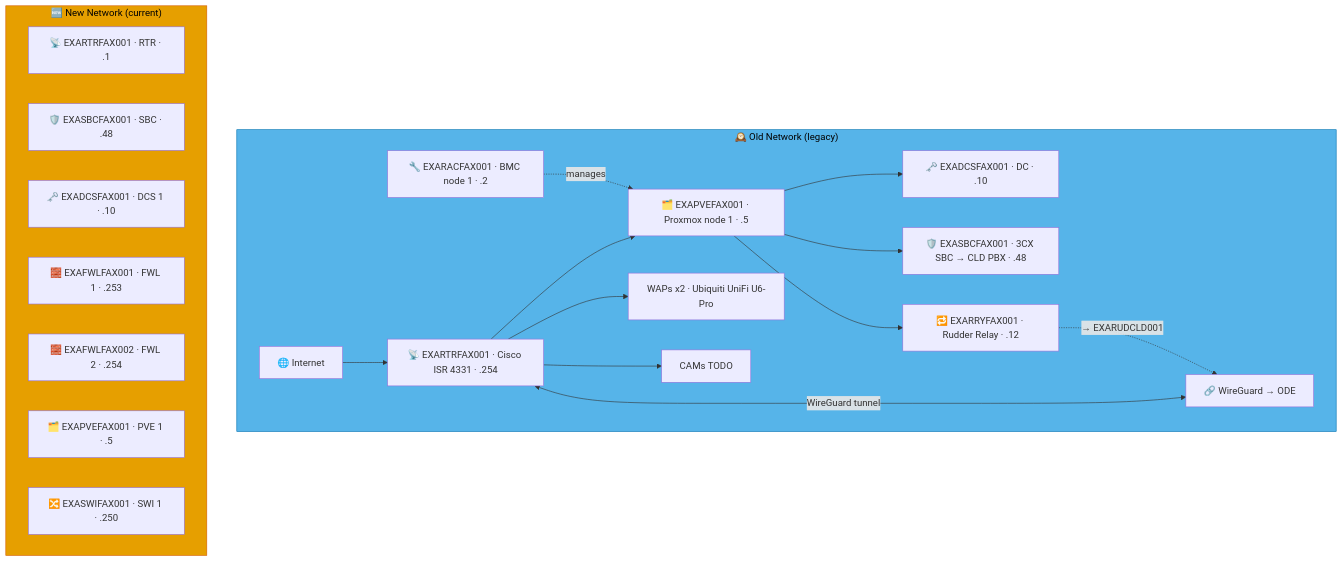
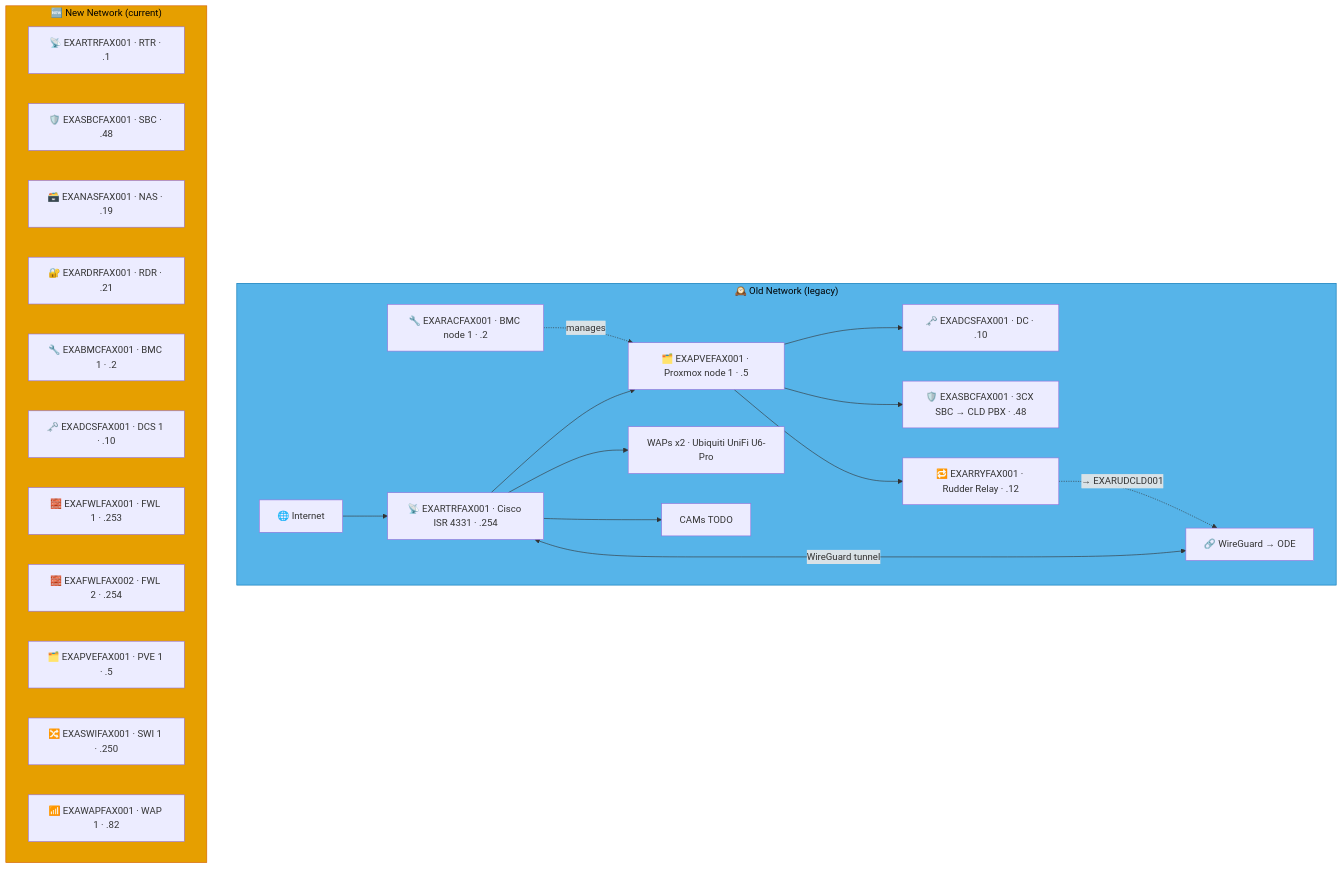
The fourth of 9 diagrams in docs/network-diagram/danmark.md (knightmare2600/example_music_infra), drawn with Mermaid before and after one commit. The commit also changed other lines of this file and 15 other files, not shown here.

````diff
--- a/docs/network-diagram/danmark.md
+++ b/docs/network-diagram/danmark.md
@@ -186,36 +198,40 @@
 ```mermaid
 graph TD
     subgraph OLD_FAX ["🕰️ Old Network (legacy)"]
       INET["🌐 Internet"]
       RTR["📡 EXARTRFAX001 · Cisco ISR 4331 · .254"]
       RAC["🔧 EXARACFAX001 · BMC node 1 · .2"]
       PVE["🗂️ EXAPVEFAX001 · Proxmox node 1 · .5"]
       DC["🗝️ EXADCSFAX001 · DC · .10"]
       SBC["🛡️ EXASBCFAX001 · 3CX SBC → CLD PBX · .48"]
       RRY["🔁 EXARRYFAX001 · Rudder Relay · .12"]
       WAP["WAPs x2 · Ubiquiti UniFi U6-Pro"]
       CAM["CAMs TODO"]
       VPN["🔗 WireGuard → ODE"]
 
       INET --> RTR --> PVE --> DC & SBC
       RAC -.->|"manages"| PVE
       RTR --> WAP & CAM
       RTR <-->|"WireGuard tunnel"| VPN
 
       PVE --> RRY
       RRY -. "→ EXARUDCLD001" .-> VPN
     end
     style OLD_FAX fill:#56B4E9,stroke:#0072B2,color:#000000
     %% GENERATED:NEW-NETWORK:FAX:START
     subgraph NEW_FAX ["🆕 New Network (current)"]
       N_RTR["📡 EXARTRFAX001 · RTR · .1"]
       N_SBC["🛡️ EXASBCFAX001 · SBC · .48"]
+      N_NAS["🗃️ EXANASFAX001 · NAS · .19"]
+      N_RDR["🔐 EXARDRFAX001 · RDR · .21"]
+      N_BMC["🔧 EXABMCFAX001 · BMC 1 · .2"]
       N_DCS["🗝️ EXADCSFAX001 · DCS 1 · .10"]
       N_FWL["🧱 EXAFWLFAX001 · FWL 1 · .253"]
       N_FWL2["🧱 EXAFWLFAX002 · FWL 2 · .254"]
       N_PVE["🗂️ EXAPVEFAX001 · PVE 1 · .5"]
       N_SWI["🔀 EXASWIFAX001 · SWI 1 · .250"]
+      N_WAP["📶 EXAWAPFAX001 · WAP 1 · .82"]
     end
     style NEW_FAX fill:#E69F00,stroke:#D55E00,color:#000000
     %% GENERATED:NEW-NETWORK:FAX:END
 ```
````
